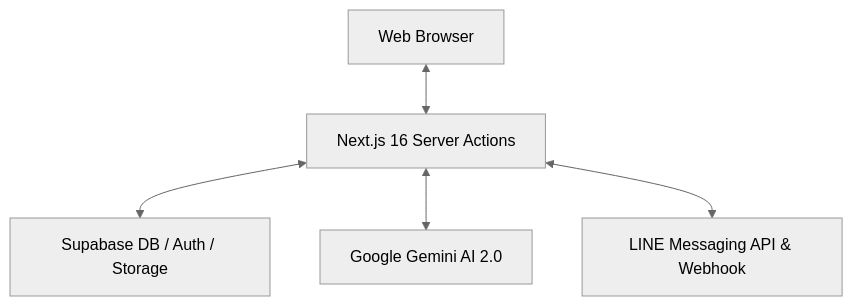
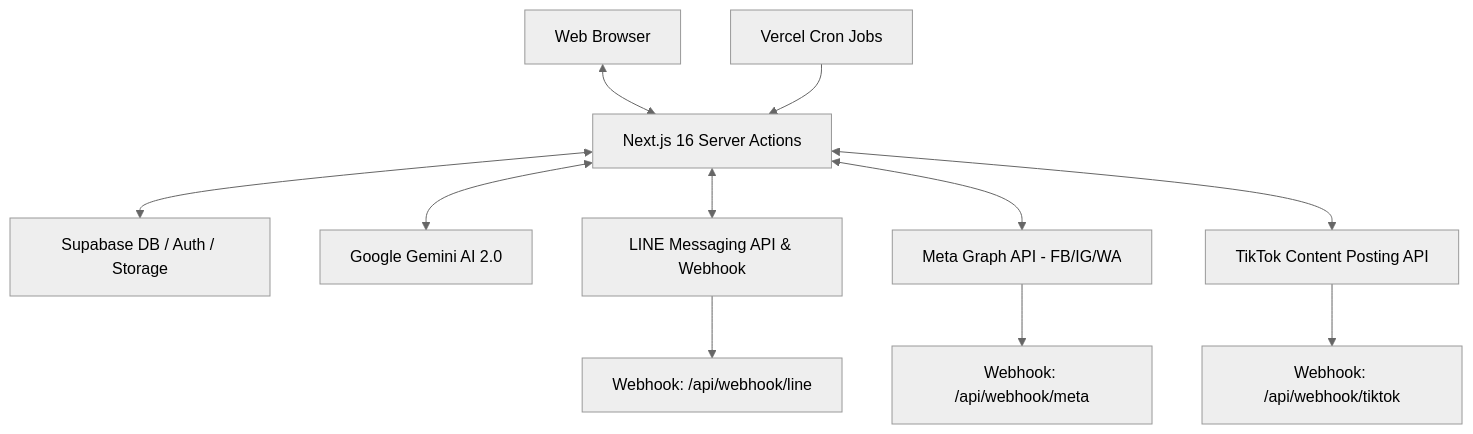
One commit to CazadorHT/realestate-crm changed the diagram in docs/02_Technical_Manual.md. Above: the diagram before and after it, drawn with Mermaid (neutral theme). The commit also changed other lines of this file and 66 other files, not shown here.

````diff
--- a/docs/02_Technical_Manual.md
+++ b/docs/02_Technical_Manual.md
@@ -41,7 +72,13 @@
 ```mermaid
 graph TD
     Client[Web Browser] <--> NextJS[Next.js 16 Server Actions]
     NextJS <--> Supabase[Supabase DB / Auth / Storage]
     NextJS <--> Gemini[Google Gemini AI 2.0]
     NextJS <--> LINE[LINE Messaging API & Webhook]
+    NextJS <--> Meta[Meta Graph API - FB/IG/WA]
+    NextJS <--> TikTok[TikTok Content Posting API]
+    Meta --> WebhookMeta[Webhook: /api/webhook/meta]
+    TikTok --> WebhookTT[Webhook: /api/webhook/tiktok]
+    LINE --> WebhookLINE[Webhook: /api/webhook/line]
+    Cron[Vercel Cron Jobs] --> NextJS
 ```
````
